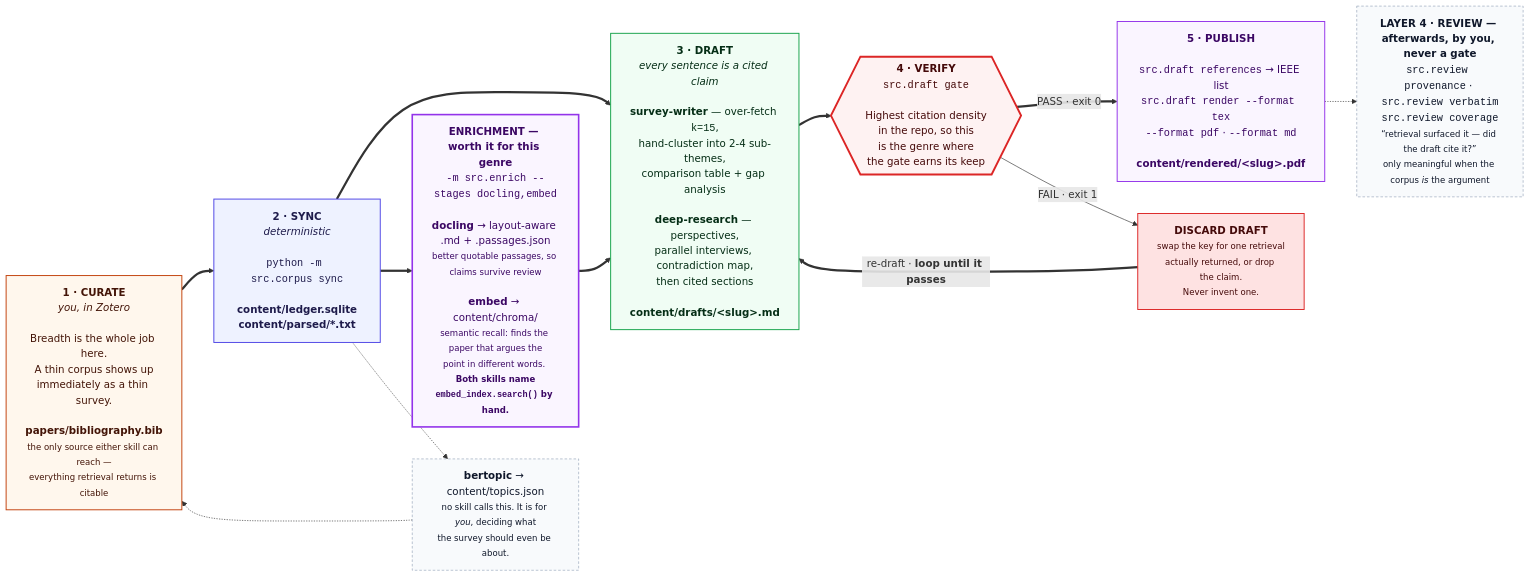
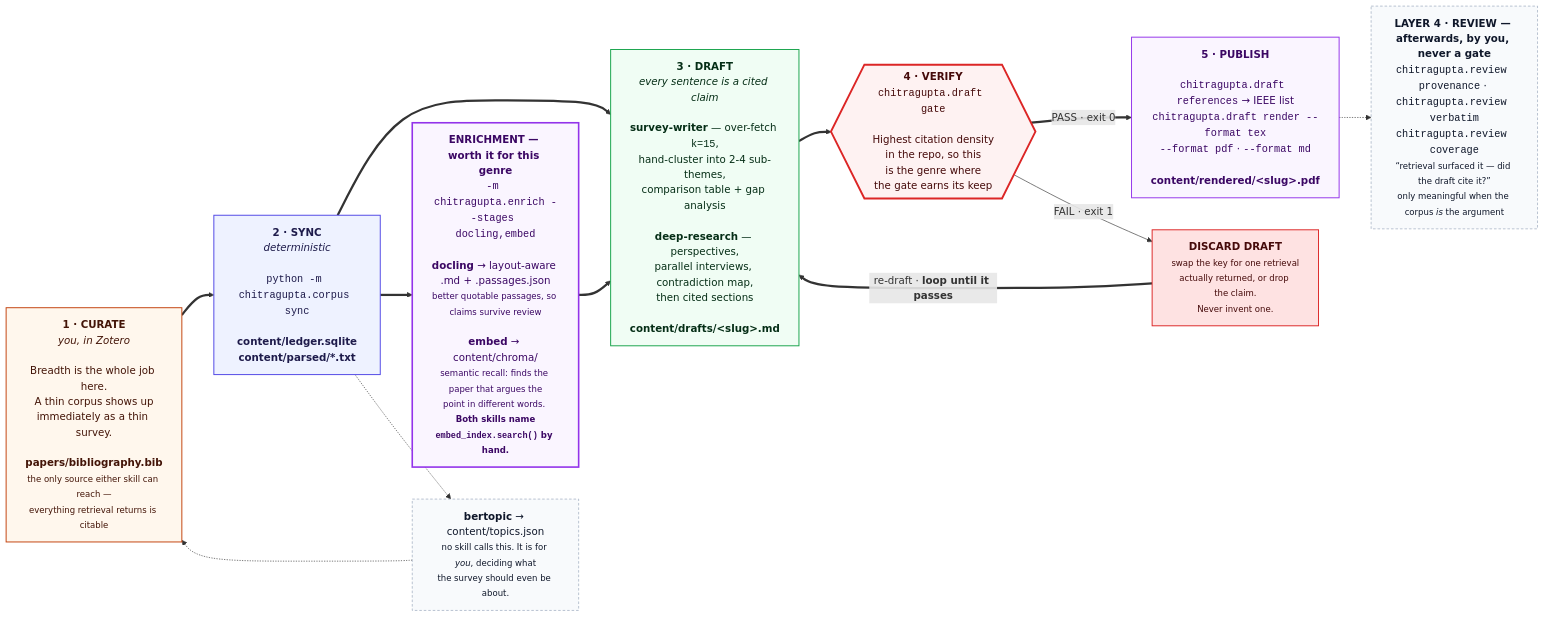
One commit to prasadtalasila/chitragupta changed the seventh of 11 diagrams in docs/DIAGRAMS.md. Above: the diagram before and after it, drawn with Mermaid. The commit also changed other lines of this file and 255 other files, not shown here.

````diff
--- a/docs/DIAGRAMS.md
+++ b/docs/DIAGRAMS.md
@@ -632,47 +633,47 @@
 ```mermaid
 flowchart LR
 
   P0["<b>1 · CURATE</b><br/><i>you, in Zotero</i><br/><br/>Breadth is the whole job here.<br/>A thin corpus shows up<br/>immediately as a thin survey.<br/><br/><b>papers/bibliography.bib</b><br/><small>the only source either skill can reach —<br/>everything retrieval returns is citable</small>"]
 
-  P1["<b>2 · SYNC</b><br/><i>deterministic</i><br/><br/><code>python -m src.corpus sync</code><br/><br/><b>content/ledger.sqlite</b><br/><b>content/parsed/*.txt</b>"]
+  P1["<b>2 · SYNC</b><br/><i>deterministic</i><br/><br/><code>python -m chitragupta.corpus sync</code><br/><br/><b>content/ledger.sqlite</b><br/><b>content/parsed/*.txt</b>"]
 
-  HEAVY["<b>ENRICHMENT — worth it for this genre</b><br/><code>-m src.enrich --stages docling,embed</code><br/><br/><b>docling</b> → layout-aware .md + .passages.json<br/><small>better quotable passages, so claims survive review</small><br/><br/><b>embed</b> → content/chroma/<br/><small>semantic recall: finds the paper that argues the<br/>point in different words. <b>Both skills name<br/><code>embed_index.search()</code> by hand.</b></small>"]
+  HEAVY["<b>ENRICHMENT — worth it for this genre</b><br/><code>-m chitragupta.enrich --stages docling,embed</code><br/><br/><b>docling</b> → layout-aware .md + .passages.json<br/><small>better quotable passages, so claims survive review</small><br/><br/><b>embed</b> → content/chroma/<br/><small>semantic recall: finds the paper that argues the<br/>point in different words. <b>Both skills name<br/><code>embed_index.search()</code> by hand.</b></small>"]
 
   P2["<b>3 · DRAFT</b><br/><i>every sentence is a cited claim</i><br/><br/><b>survey-writer</b> — over-fetch <code>k=15</code>,<br/>hand-cluster into 2-4 sub-themes,<br/>comparison table + gap analysis<br/><br/><b>deep-research</b> — perspectives,<br/>parallel interviews, contradiction map,<br/>then cited sections<br/><br/><b>content/drafts/&lt;slug&gt;.md</b>"]
 
-  P3{{"<b>4 · VERIFY</b><br/><code>src.draft gate</code><br/><br/>Highest citation density<br/>in the repo, so this<br/>is the genre where<br/>the gate earns its keep"}}
+  P3{{"<b>4 · VERIFY</b><br/><code>chitragupta.draft gate</code><br/><br/>Highest citation density<br/>in the repo, so this<br/>is the genre where<br/>the gate earns its keep"}}
 
   FIX["<b>DISCARD DRAFT</b><br/><small>swap the key for one retrieval<br/>actually returned, or drop the claim.<br/>Never invent one.</small>"]
 
-  P4["<b>5 · PUBLISH</b><br/><br/><code>src.draft references</code> → IEEE list<br/><code>src.draft render --format tex</code><br/><code>--format pdf</code> · <code>--format md</code><br/><br/><b>content/rendered/&lt;slug&gt;.pdf</b>"]
+  P4["<b>5 · PUBLISH</b><br/><br/><code>chitragupta.draft references</code> → IEEE list<br/><code>chitragupta.draft render --format tex</code><br/><code>--format pdf</code> · <code>--format md</code><br/><br/><b>content/rendered/&lt;slug&gt;.pdf</b>"]
 
-  AID["<b>LAYER 4 · REVIEW — afterwards, by you, never a gate</b><br/><code>src.review provenance</code> · <code>src.review verbatim</code><br/><code>src.review coverage</code><br/><small>“retrieval surfaced it — did the draft cite it?”<br/>only meaningful when the corpus <i>is</i> the argument</small>"]
+  AID["<b>LAYER 4 · REVIEW — afterwards, by you, never a gate</b><br/><code>chitragupta.review provenance</code> · <code>chitragupta.review verbatim</code><br/><code>chitragupta.review coverage</code><br/><small>“retrieval surfaced it — did the draft cite it?”<br/>only meaningful when the corpus <i>is</i> the argument</small>"]
 
   BERT["<b>bertopic</b> → content/topics.json<br/><small>no skill calls this. It is for <i>you</i>, deciding what<br/>the survey should even be about.</small>"]
 
   P0 ==> P1 ==> P2 ==> P3
   P1 ==> HEAVY ==> P2
   P3 == "PASS · exit 0" ==> P4
   P3 -- "FAIL · exit 1" --> FIX
   FIX == "re-draft · <b>loop until it passes</b>" ==> P2
   P4 -.-> AID
   P1 -.-> BERT -.-> P0
 
   classDef you fill:#fff7ed,stroke:#c2410c,stroke-width:1.5px,color:#431407
   classDef det fill:#eef2ff,stroke:#4f46e5,stroke-width:1.5px,color:#1e1b4b
   classDef gen fill:#f0fdf4,stroke:#16a34a,stroke-width:1.5px,color:#052e16
   classDef gate fill:#fef2f2,stroke:#dc2626,stroke-width:3px,color:#450a0a
   classDef out fill:#faf5ff,stroke:#9333ea,stroke-width:1.5px,color:#3b0764
   classDef bad fill:#fee2e2,stroke:#dc2626,stroke-width:1.5px,color:#450a0a
   classDef heavy fill:#faf5ff,stroke:#9333ea,stroke-width:2.5px,color:#3b0764
   classDef aid fill:#f8fafc,stroke:#94a3b8,stroke-dasharray:4 3,color:#0f172a
 
   class P0 you
   class P1 det
   class P2 gen
   class P3 gate
   class P4 out
   class FIX bad
   class HEAVY heavy
   class AID,BERT aid
 ```
````
